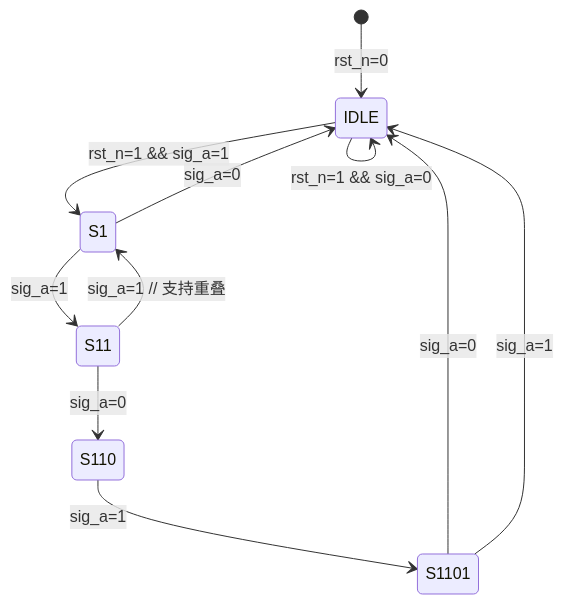
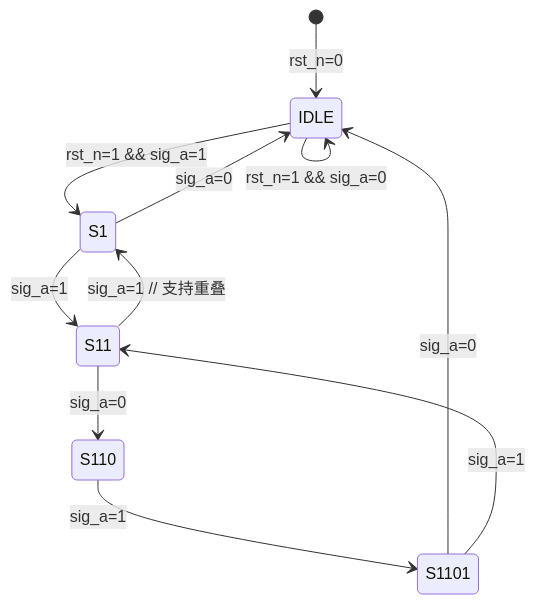
Before and after one commit to a784517106/iodraw-files: the diagram in all/未命名-2.md, drawn with Mermaid.

Commit message:
2024-09-18 23:30:00 update

````diff
--- a/all/未命名-2.md
+++ b/all/未命名-2.md
@@ -1,16 +1,16 @@
 ```mermaid
 stateDiagram
     [*] --> IDLE : rst_n=0
     IDLE --> S1 : rst_n=1 && sig_a=1
     IDLE --> IDLE : rst_n=1 && sig_a=0
 
     S1 --> S11 : sig_a=1
     S1 --> IDLE : sig_a=0
 
     S11 --> S110 : sig_a=0
     S11 --> S1 : sig_a=1  // 支持重叠
 
     S110 --> S1101 : sig_a=1
     S1101 --> IDLE : sig_a=0
-    S1101 --> IDLE : sig_a=1
+    S1101 --> S11 : sig_a=1
 ```
````
